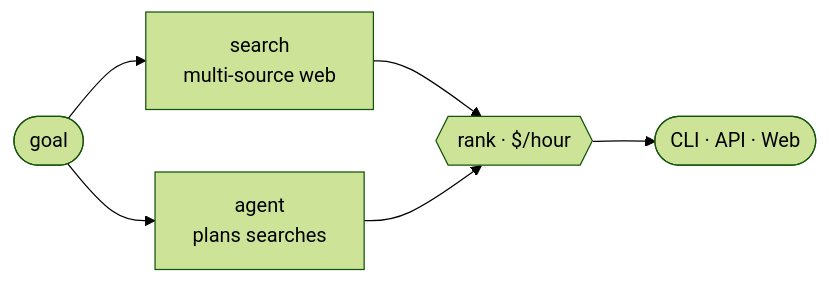
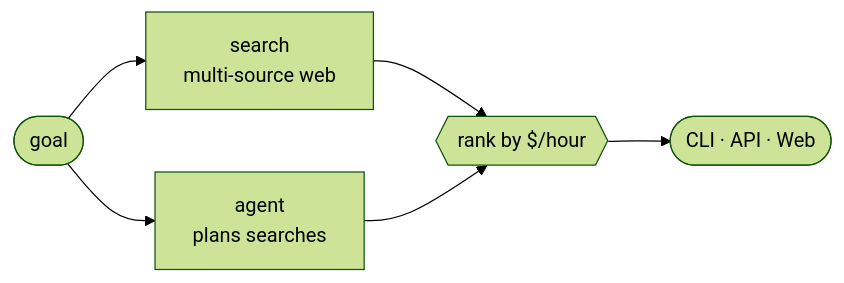
Before and after one commit to pdj555/job-engine: the first of 2 diagrams in README.md, drawn with Mermaid (forest theme). The commit also changed other lines of this file and 1 other file, not shown here.

````diff
--- a/README.md
+++ b/README.md
@@ -16,8 +16,8 @@
 ```mermaid
 flowchart LR
   G([goal]) --> S[search<br/>multi-source web]
   G --> A[agent<br/>plans searches]
-  S --> R{{rank · $/hour}}
+  S --> R{{rank by $/hour}}
   A --> R
   R --> O([CLI · API · Web])
 ```
````
